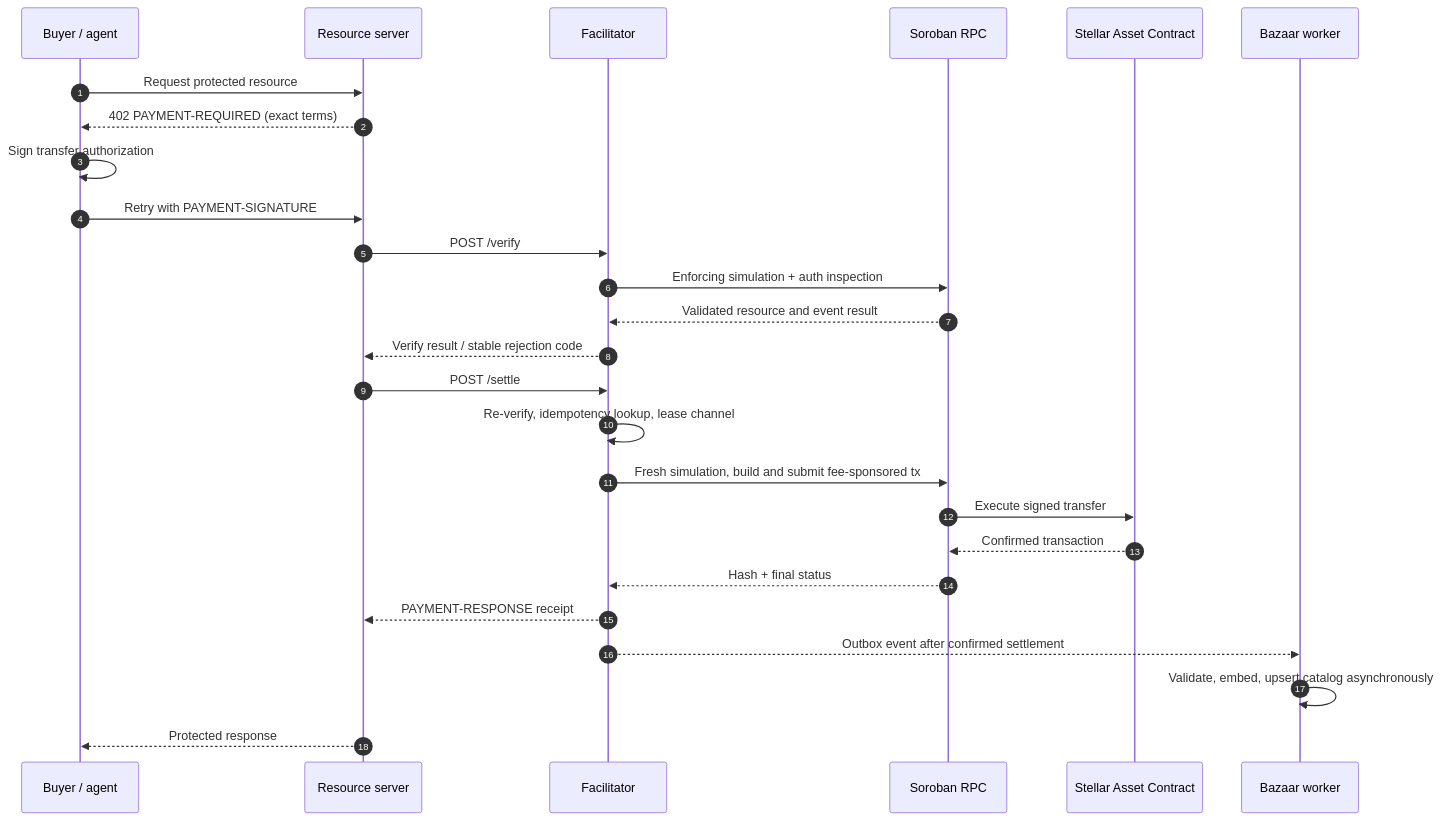
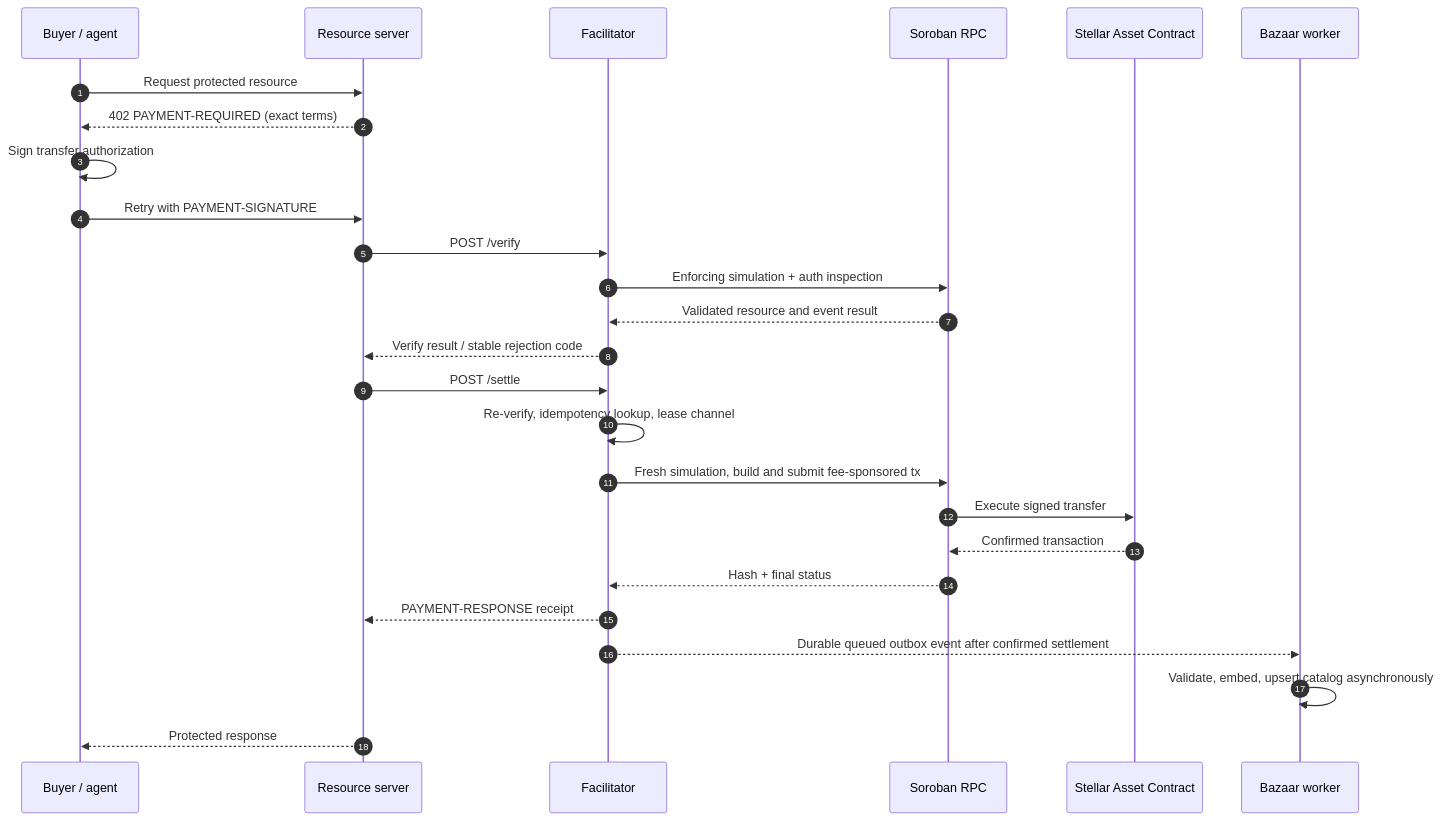
The second of 6 diagrams in docs/architecture.md (Veridex-Protocol/stellar-facilitator), drawn with Mermaid before and after one commit. The commit also changed other lines of this file and 13 other files, not shown here.

````diff
--- a/docs/architecture.md
+++ b/docs/architecture.md
@@ -136,29 +139,29 @@
 ```mermaid
 sequenceDiagram
     autonumber
     participant A as Buyer / agent
     participant R as Resource server
     participant F as Facilitator
     participant Q as Soroban RPC
     participant S as Stellar Asset Contract
     participant B as Bazaar worker
 
     A->>R: Request protected resource
     R-->>A: 402 PAYMENT-REQUIRED (exact terms)
     A->>A: Sign transfer authorization
     A->>R: Retry with PAYMENT-SIGNATURE
     R->>F: POST /verify
     F->>Q: Enforcing simulation + auth inspection
     Q-->>F: Validated resource and event result
     F-->>R: Verify result / stable rejection code
     R->>F: POST /settle
     F->>F: Re-verify, idempotency lookup, lease channel
     F->>Q: Fresh simulation, build and submit fee-sponsored tx
     Q->>S: Execute signed transfer
     S-->>Q: Confirmed transaction
     Q-->>F: Hash + final status
     F-->>R: PAYMENT-RESPONSE receipt
-    F-->>B: Outbox event after confirmed settlement
+    F-->>B: Durable queued outbox event after confirmed settlement
     B->>B: Validate, embed, upsert catalog asynchronously
     R-->>A: Protected response
 ```
````
